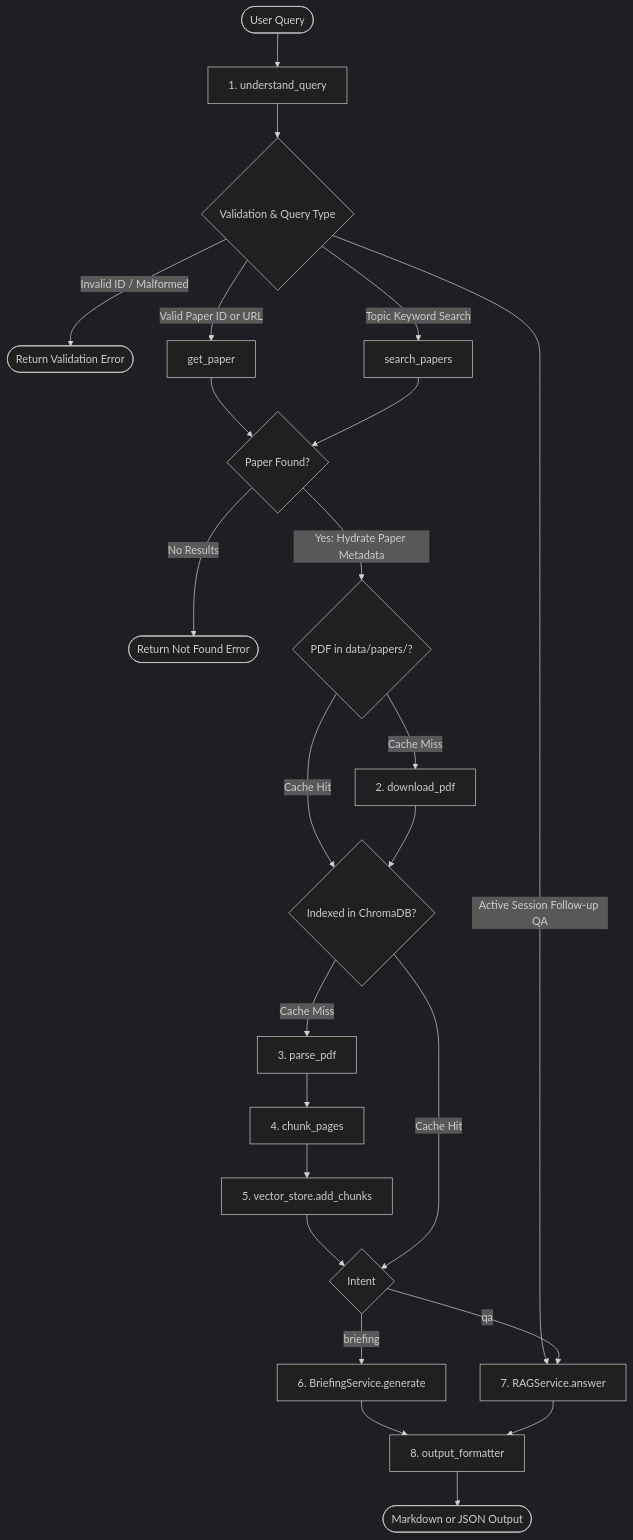
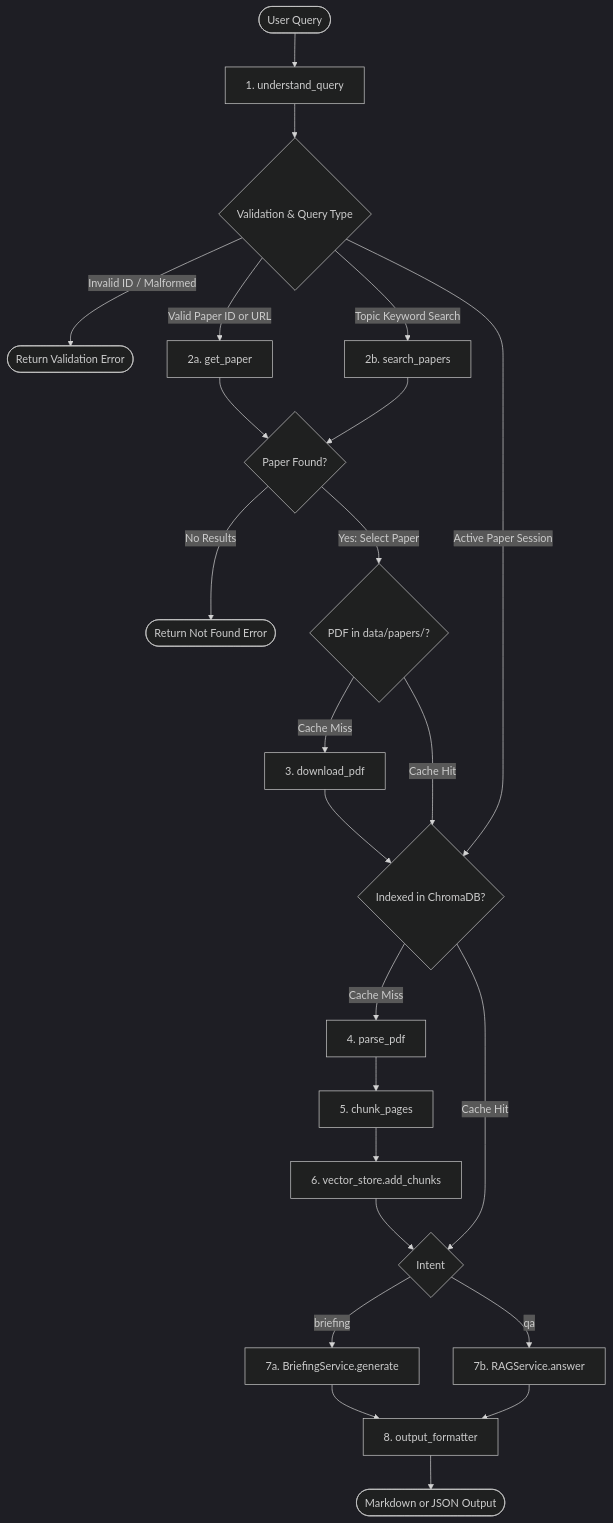
The diagram in README.md (AKrishnaK05/arxiv-paper-agent), drawn with Mermaid (dark theme) before and after one commit.

Commit message:
docs(readme): correct Mermaid pipeline graph numbering and session routing

````diff
--- a/README.md
+++ b/README.md
@@ -27,33 +27,33 @@
 ```mermaid
 flowchart TD
     A([User Query]) --> B[1. understand_query]
     B --> C{Validation & Query Type}
     
     C -->|Invalid ID / Malformed| ERR1([Return Validation Error])
-    C -->|Active Session Follow-up QA| M[7. RAGService.answer]
-    C -->|Valid Paper ID or URL| D[get_paper]
-    C -->|Topic Keyword Search| E[search_papers]
+    C -->|Valid Paper ID or URL| D[2a. get_paper]
+    C -->|Topic Keyword Search| E[2b. search_papers]
+    C -->|Active Paper Session| I
     
     D --> F{Paper Found?}
     E --> F
     F -->|No Results| ERR2([Return Not Found Error])
-    F -->|Yes: Hydrate Paper Metadata| G{PDF in data/papers/?}
+    F -->|Yes: Select Paper| G{PDF in data/papers/?}
     
-    G -->|Cache Miss| H[2. download_pdf]
+    G -->|Cache Miss| H[3. download_pdf]
     G -->|Cache Hit| I{Indexed in ChromaDB?}
     H --> I
     
-    I -->|Cache Miss| J[3. parse_pdf]
-    J --> K[4. chunk_pages]
-    K --> L[5. vector_store.add_chunks]
+    I -->|Cache Miss| J[4. parse_pdf]
+    J --> K[5. chunk_pages]
+    K --> L[6. vector_store.add_chunks]
     L --> INTENT{Intent}
     I -->|Cache Hit| INTENT
     
-    INTENT -->|briefing| N[6. BriefingService.generate]
-    INTENT -->|qa| M
+    INTENT -->|briefing| N[7a. BriefingService.generate]
+    INTENT -->|qa| M[7b. RAGService.answer]
     
     N --> P[8. output_formatter]
     M --> P
     
     P --> Q([Markdown or JSON Output])
 ```
````
